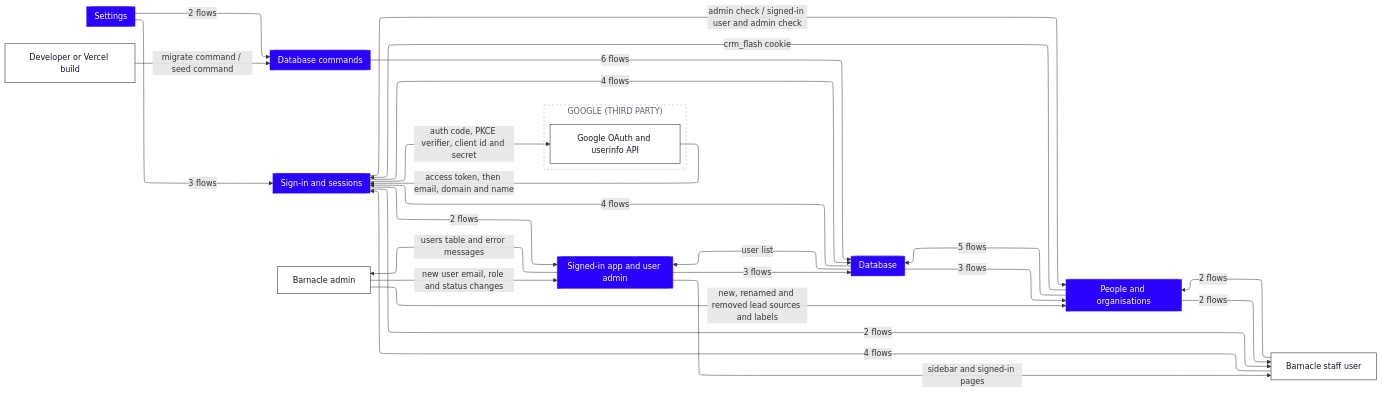
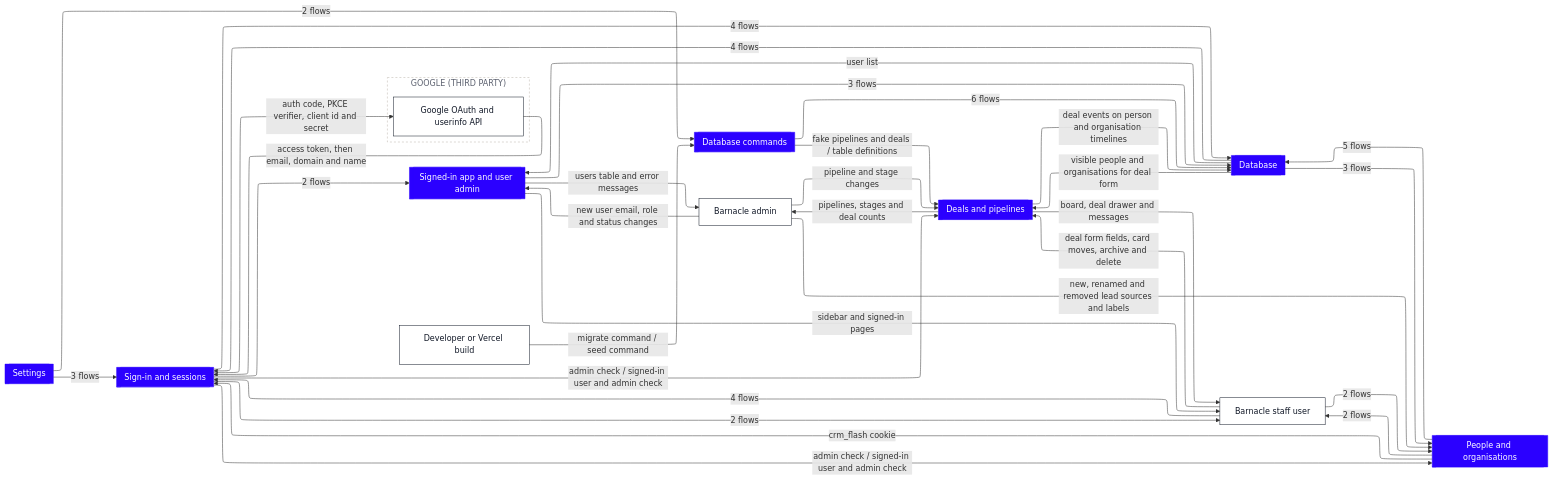
Before and after one commit to Romain-Perche/Barnacle-Pipe: the first of 9 diagrams in dataflow/DATAFLOW.md, drawn with Mermaid. The commit also changed other lines of this file and 12 other files, not shown here.

````diff
--- a/dataflow/DATAFLOW.md
+++ b/dataflow/DATAFLOW.md
@@ -11,51 +11,60 @@
 ```mermaid
 ---
 config:
   layout: elk
 ---
 flowchart LR
     n1[["Database"]]
     n2[["Database commands"]]
-    n3[["People and organisations"]]
-    n4[["Settings"]]
-    n5[["Sign-in and sessions"]]
-    n6[["Signed-in app and user admin"]]
-    n7["Barnacle admin"]
-    n8["Developer or Vercel build"]
-    n9["Barnacle staff user"]
+    n3[["Deals and pipelines"]]
+    n4[["People and organisations"]]
+    n5[["Settings"]]
+    n6[["Sign-in and sessions"]]
+    n7[["Signed-in app and user admin"]]
+    n8["Barnacle admin"]
+    n9["Developer or Vercel build"]
+    n10["Barnacle staff user"]
     subgraph z1["GOOGLE (THIRD PARTY)"]
-        n10["Google OAuth and userinfo API"]
+        n11["Google OAuth and userinfo API"]
     end
-    n7 -->|"new, renamed and removed lead sources and labels"| n3
-    n7 -->|"new user email, role and status changes"| n6
-    n6 -->|"sidebar and signed-in pages"| n9
-    n3 -->|"5 flows"| n1
-    n1 -->|"3 flows"| n3
-    n5 -->|"4 flows"| n1
-    n8 -->|"migrate command / seed command"| n2
-    n4 -->|"3 flows"| n5
-    n4 -->|"2 flows"| n2
-    n5 -->|"auth code, PKCE verifier, client id and secret"| n10
-    n5 -->|"2 flows"| n9
-    n10 -->|"access token, then email, domain and name"| n5
+    n8 -->|"new, renamed and removed lead sources and labels"| n4
+    n8 -->|"pipeline and stage changes"| n3
+    n8 -->|"new user email, role and status changes"| n7
+    n7 -->|"sidebar and signed-in pages"| n10
+    n4 -->|"5 flows"| n1
+    n1 -->|"3 flows"| n4
+    n6 -->|"4 flows"| n1
+    n3 -->|"board, deal drawer and messages"| n10
+    n3 -->|"deal events on person and organisation timelines"| n1
+    n9 -->|"migrate command / seed command"| n2
+    n5 -->|"3 flows"| n6
+    n5 -->|"2 flows"| n2
+    n6 -->|"auth code, PKCE verifier, client id and secret"| n11
+    n6 -->|"2 flows"| n10
+    n11 -->|"access token, then email, domain and name"| n6
+    n2 -->|"fake pipelines and deals / table definitions"| n3
     n2 -->|"6 flows"| n1
-    n3 -->|"2 flows"| n9
-    n3 -->|"crm_flash cookie"| n5
-    n5 -->|"2 flows"| n6
-    n5 -->|"admin check / signed-in user and admin check"| n3
-    n1 -->|"4 flows"| n5
-    n9 -->|"4 flows"| n5
-    n9 -->|"2 flows"| n3
-    n6 -->|"users table and error messages"| n7
-    n6 -->|"3 flows"| n1
-    n1 -->|"user list"| n6
+    n4 -->|"2 flows"| n10
+    n1 -->|"visible people and organisations for deal form"| n3
+    n3 -->|"pipelines, stages and deal counts"| n8
+    n4 -->|"crm_flash cookie"| n6
+    n6 -->|"2 flows"| n7
+    n6 -->|"admin check / signed-in user and admin check"| n4
+    n6 -->|"admin check / signed-in user and admin check"| n3
+    n1 -->|"4 flows"| n6
+    n10 -->|"deal form fields, card moves, archive and delete"| n3
+    n10 -->|"4 flows"| n6
+    n10 -->|"2 flows"| n4
+    n7 -->|"users table and error messages"| n8
+    n7 -->|"3 flows"| n1
+    n1 -->|"user list"| n7
     classDef actor fill:#FFFFFF,stroke:#111827,stroke-width:1px,color:#111827
     classDef process fill:#EDEAFF,stroke:#2B00FF,stroke-width:1.5px,color:#111827
     classDef store fill:#FAF6F1,stroke:#111827,stroke-width:1.5px,color:#111827
     classDef zone fill:#1A1A1A,stroke:#1A1A1A,color:#FFFFFF
     classDef group fill:#2B00FF,stroke:#2B00FF,color:#FFFFFF
     classDef stub fill:#FFFFFF,stroke:#2B00FF,stroke-width:1.5px,stroke-dasharray:5 4,color:#2B00FF
-    class n7,n8,n9,n10 actor
-    class n1,n2,n3,n4,n5,n6 group
+    class n8,n9,n10,n11 actor
+    class n1,n2,n3,n4,n5,n6,n7 group
     style z1 fill:#FFFFFF,stroke:#B9B2A8,stroke-dasharray:4 4,color:#5D6270
 ```
````
